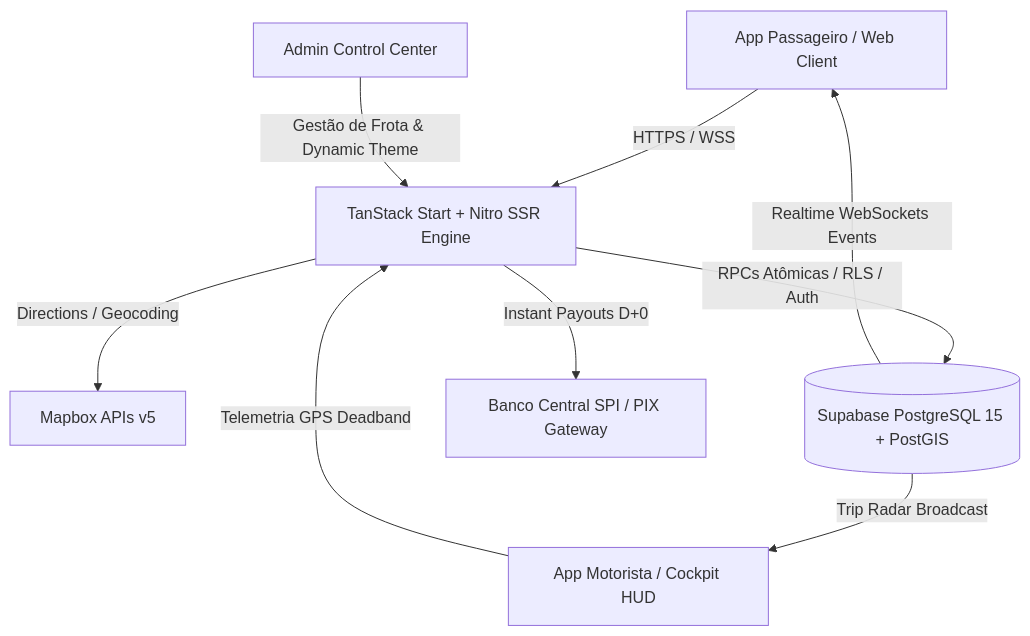
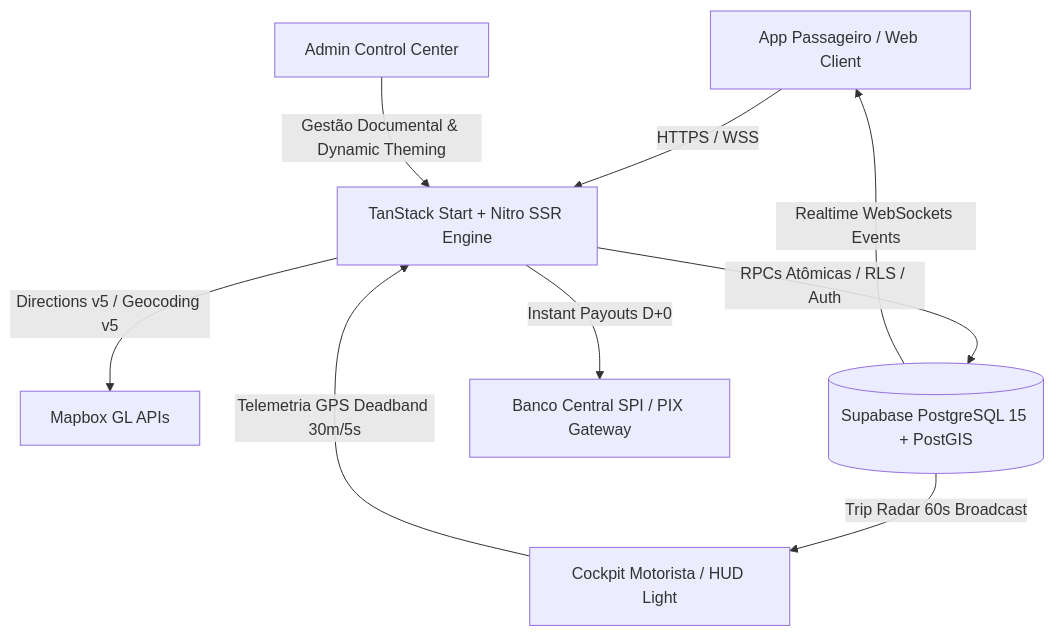
Before and after one commit to orliantecnologia-oss/PARTIU---MOBILIDADE---URBANA: the first of 4 diagrams in DOCUMENTO_TECNICO_ARQUITETURA.md, drawn with Mermaid. The commit also changed other lines of this file, not shown here.

Commit message:
docs: update technical architecture to v6.2.0 production hardening & unified light design

````diff
--- a/DOCUMENTO_TECNICO_ARQUITETURA.md
+++ b/DOCUMENTO_TECNICO_ARQUITETURA.md
@@ -24,11 +18,11 @@
 ```mermaid
 graph TD
     A[App Passageiro / Web Client] -->|HTTPS / WSS| B[TanStack Start + Nitro SSR Engine]
-    C[App Motorista / Cockpit HUD] -->|Telemetria GPS Deadband| B
-    B -->|Directions / Geocoding| D[Mapbox APIs v5]
+    C[Cockpit Motorista / HUD Light] -->|Telemetria GPS Deadband 30m/5s| B
+    B -->|Directions v5 / Geocoding v5| D[Mapbox GL APIs]
     B -->|RPCs Atômicas / RLS / Auth| E[(Supabase PostgreSQL 15 + PostGIS)]
     E -->|Realtime WebSockets Events| A
-    E -->|Trip Radar Broadcast| C
-    F[Admin Control Center] -->|Gestão de Frota & Dynamic Theme| B
+    E -->|Trip Radar 60s Broadcast| C
+    F[Admin Control Center] -->|Gestão Documental & Dynamic Theming| B
     B -->|Instant Payouts D+0| G[Banco Central SPI / PIX Gateway]
 ```
````
